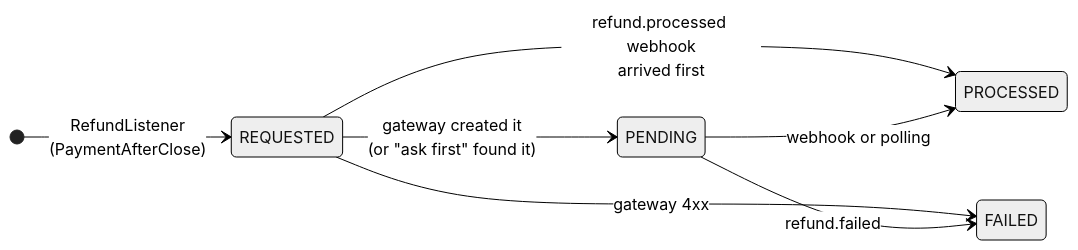
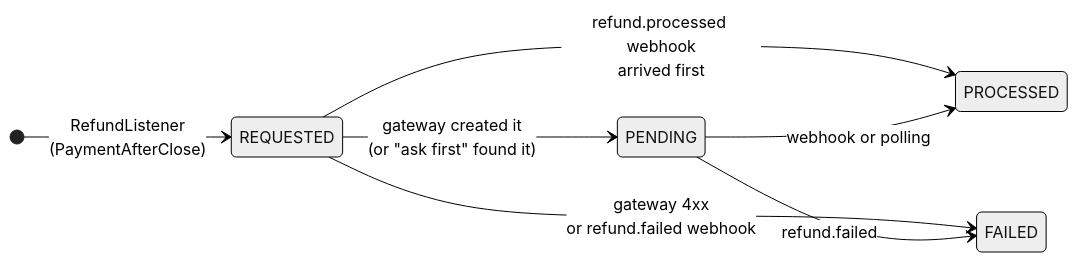
Before and after one commit to ravikant06/kirana: the third of 11 diagrams in docs/flows.md, drawn with Mermaid (neutral theme). The commit also changed other lines of this file and 1 other file, not shown here.

First line of the commit message:
flows.md: corrections from a review against code and a SQL trace

````diff
--- a/docs/flows.md
+++ b/docs/flows.md
@@ -81,10 +81,10 @@
 ```mermaid
 stateDiagram-v2
     direction LR
     [*] --> REQUESTED: RefundListener<br/>(PaymentAfterClose)
     REQUESTED --> PENDING: gateway created it<br/>(or "ask first" found it)
     REQUESTED --> PROCESSED: refund.processed webhook<br/>arrived first
-    REQUESTED --> FAILED: gateway 4xx
+    REQUESTED --> FAILED: gateway 4xx<br/>or refund.failed webhook
     PENDING --> PROCESSED: webhook or polling
     PENDING --> FAILED: refund.failed
 ```
````
